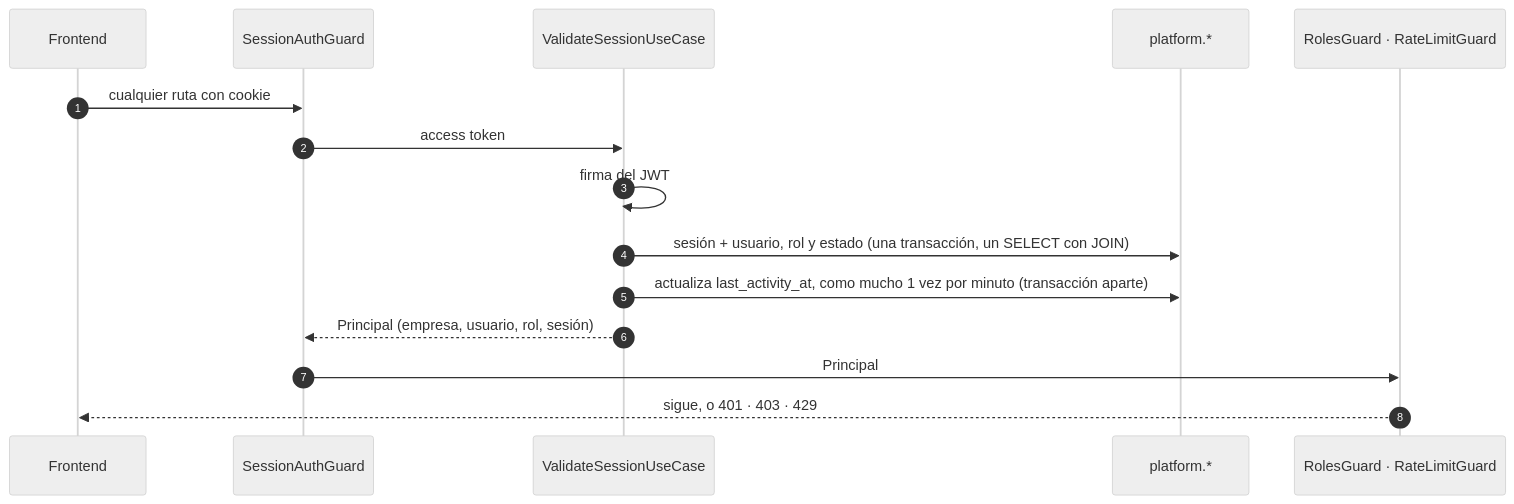
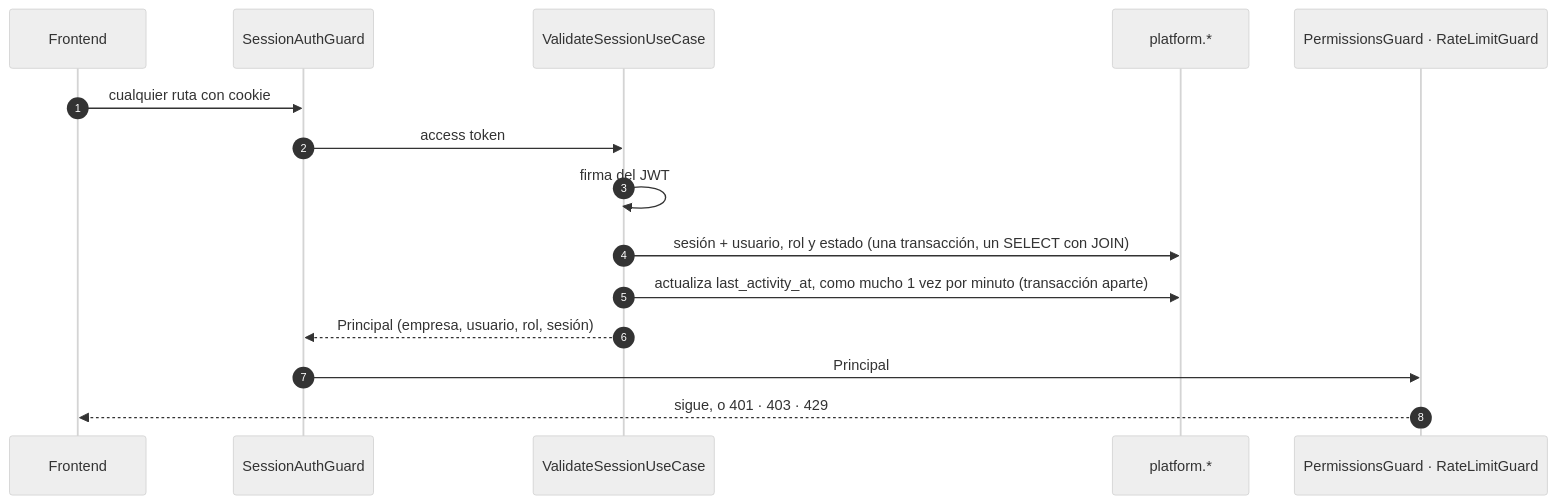
Before and after one commit to Monkey-GRC/Monkey-Brain-IA: the second of 3 diagrams in skills/product/monkey-compliance-council/references/arquitectura/autenticacion/03-flujos.md, drawn with Mermaid (neutral theme). The commit also changed 82 other files, not shown here.

````diff
--- a/skills/product/monkey-compliance-council/references/arquitectura/autenticacion/03-flujos.md
+++ b/skills/product/monkey-compliance-council/references/arquitectura/autenticacion/03-flujos.md
@@ -58,17 +58,17 @@
 ```mermaid
 sequenceDiagram
     autonumber
     participant FE as Frontend
     participant G as SessionAuthGuard
     participant V as ValidateSessionUseCase
     participant DB as platform.*
-    participant D as RolesGuard · RateLimitGuard
+    participant D as PermissionsGuard · RateLimitGuard
     FE->>G: cualquier ruta con cookie
     G->>V: access token
     V->>V: firma del JWT
     V->>DB: sesión + usuario, rol y estado (una transacción, un SELECT con JOIN)
     V->>DB: actualiza last_activity_at, como mucho 1 vez por minuto (transacción aparte)
     V-->>G: Principal (empresa, usuario, rol, sesión)
     G->>D: Principal
     D-->>FE: sigue, o 401 · 403 · 429
 ```
````
